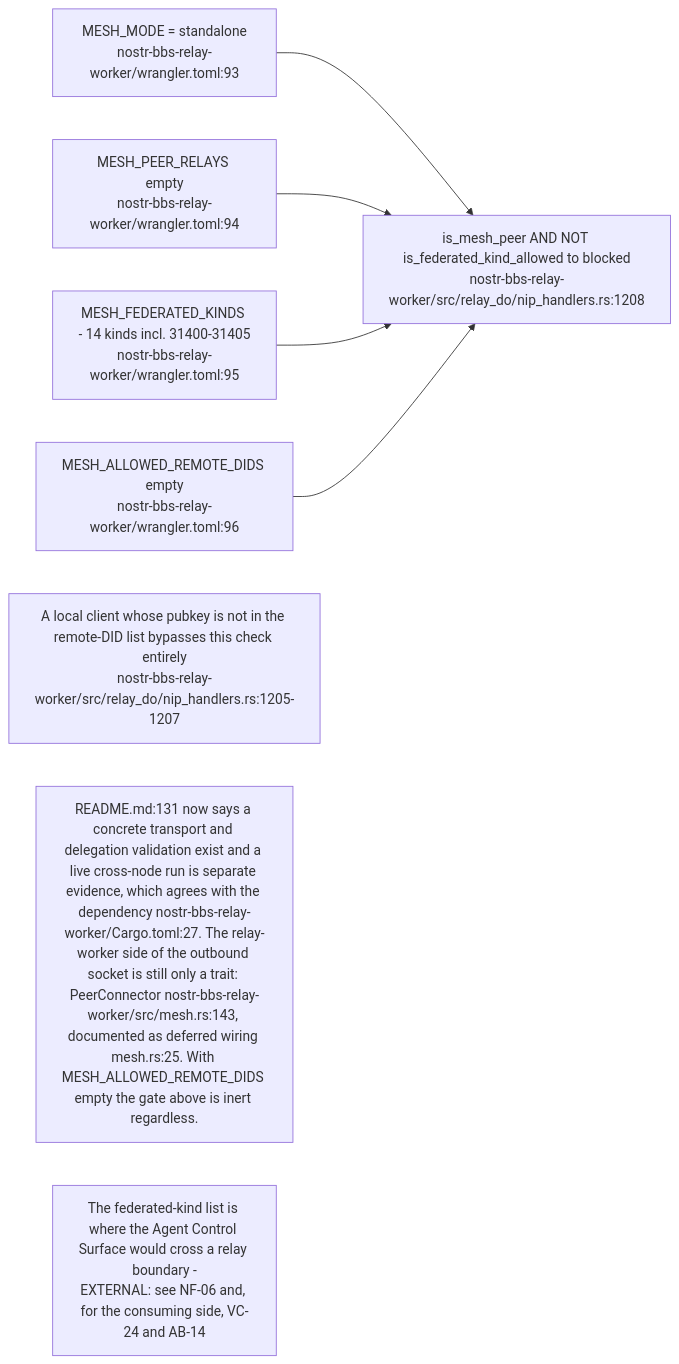
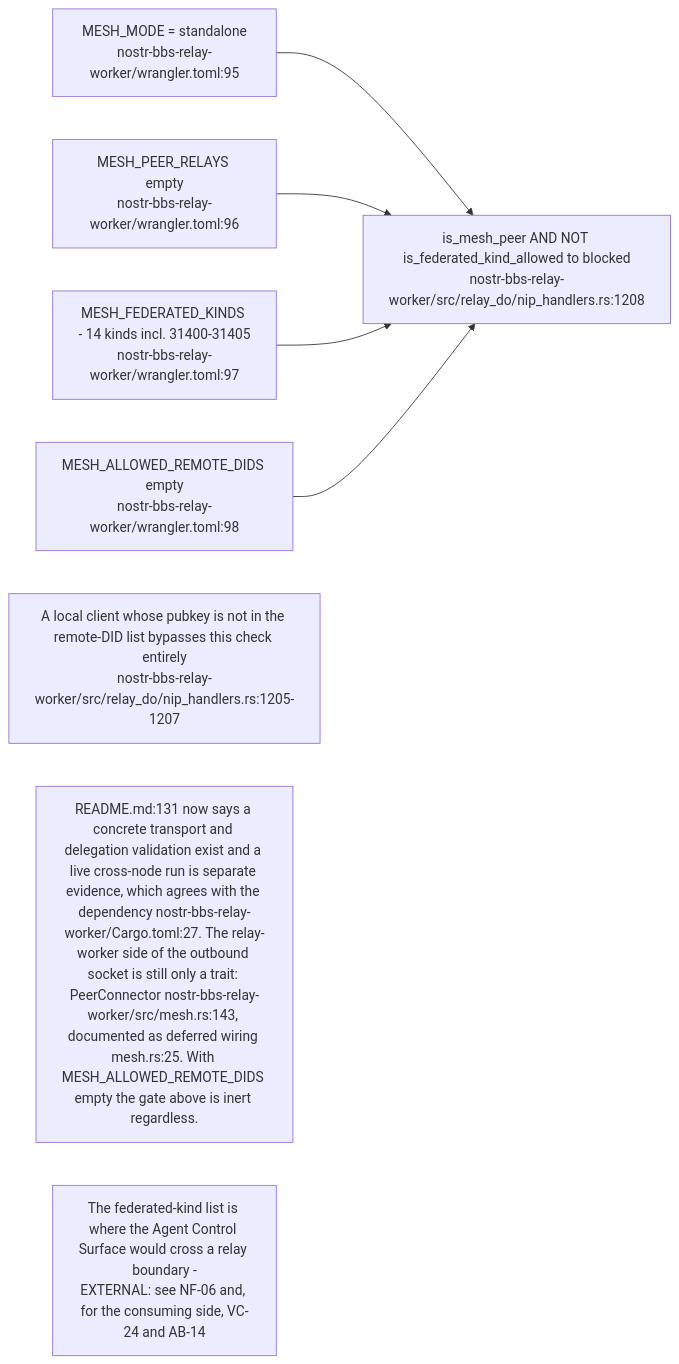
One commit to DreamLab-AI/VisionFlow changed diagram 13 of 16 in docs/diagrams/nostr-rust-forum/03-relay-worker-admission-auth-and-trust.md. Above: the diagram before and after it, drawn with Mermaid. The commit also changed other lines of this file and 11 other files, not shown here.

````diff
--- a/docs/diagrams/nostr-rust-forum/03-relay-worker-admission-auth-and-trust.md
+++ b/docs/diagrams/nostr-rust-forum/03-relay-worker-admission-auth-and-trust.md
@@ -407,14 +407,14 @@
 ```mermaid
 flowchart LR
-    MODE["MESH_MODE = standalone<br/>nostr-bbs-relay-worker/wrangler.toml:93"]
-    PEERS["MESH_PEER_RELAYS empty<br/>nostr-bbs-relay-worker/wrangler.toml:94"]
-    KINDS["MESH_FEDERATED_KINDS - 14 kinds incl. 31400-31405<br/>nostr-bbs-relay-worker/wrangler.toml:95"]
-    DIDS["MESH_ALLOWED_REMOTE_DIDS empty<br/>nostr-bbs-relay-worker/wrangler.toml:96"]
+    MODE["MESH_MODE = standalone<br/>nostr-bbs-relay-worker/wrangler.toml:95"]
+    PEERS["MESH_PEER_RELAYS empty<br/>nostr-bbs-relay-worker/wrangler.toml:96"]
+    KINDS["MESH_FEDERATED_KINDS - 14 kinds incl. 31400-31405<br/>nostr-bbs-relay-worker/wrangler.toml:97"]
+    DIDS["MESH_ALLOWED_REMOTE_DIDS empty<br/>nostr-bbs-relay-worker/wrangler.toml:98"]
     GATE["is_mesh_peer AND NOT is_federated_kind_allowed to blocked<br/>nostr-bbs-relay-worker/src/relay_do/nip_handlers.rs:1208"]
 
     MODE & PEERS & KINDS & DIDS --> GATE
 
     N1["A local client whose pubkey is not in the remote-DID list bypasses this check entirely<br/>nostr-bbs-relay-worker/src/relay_do/nip_handlers.rs:1205-1207"]
     N2["README.md:131 now says a concrete transport and delegation validation exist and a live cross-node run is separate evidence, which agrees with the dependency nostr-bbs-relay-worker/Cargo.toml:27. The relay-worker side of the outbound socket is still only a trait: PeerConnector nostr-bbs-relay-worker/src/mesh.rs:143, documented as deferred wiring mesh.rs:25. With MESH_ALLOWED_REMOTE_DIDS empty the gate above is inert regardless."]
     N3["The federated-kind list is where the Agent Control Surface would cross a relay boundary -<br/>EXTERNAL: see NF-06 and, for the consuming side, VC-24 and AB-14"]
 ```
````
